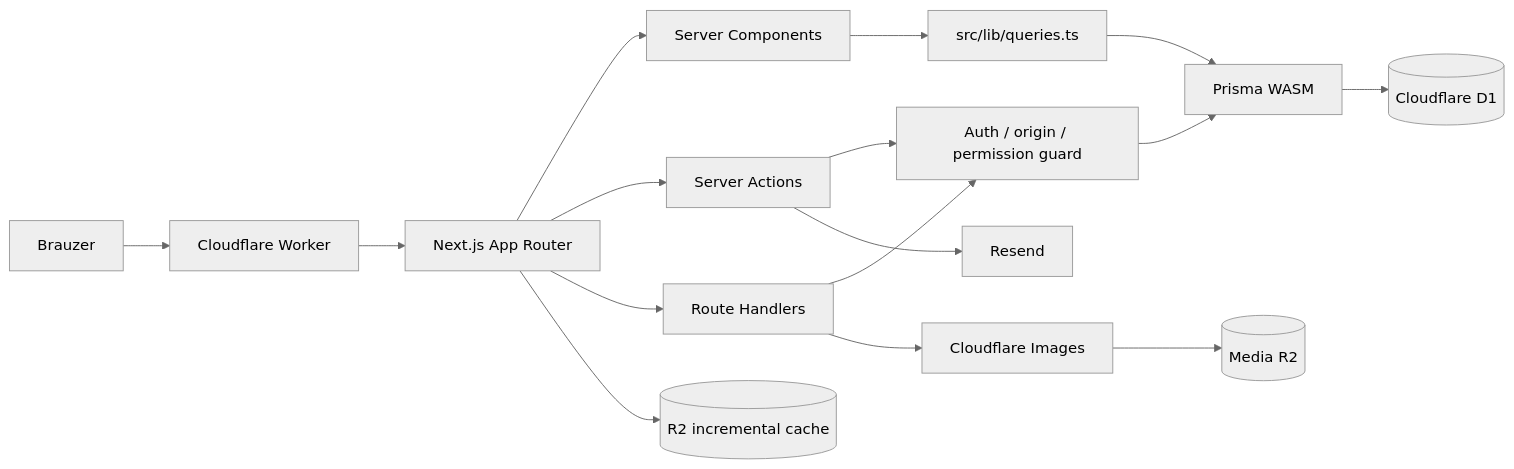
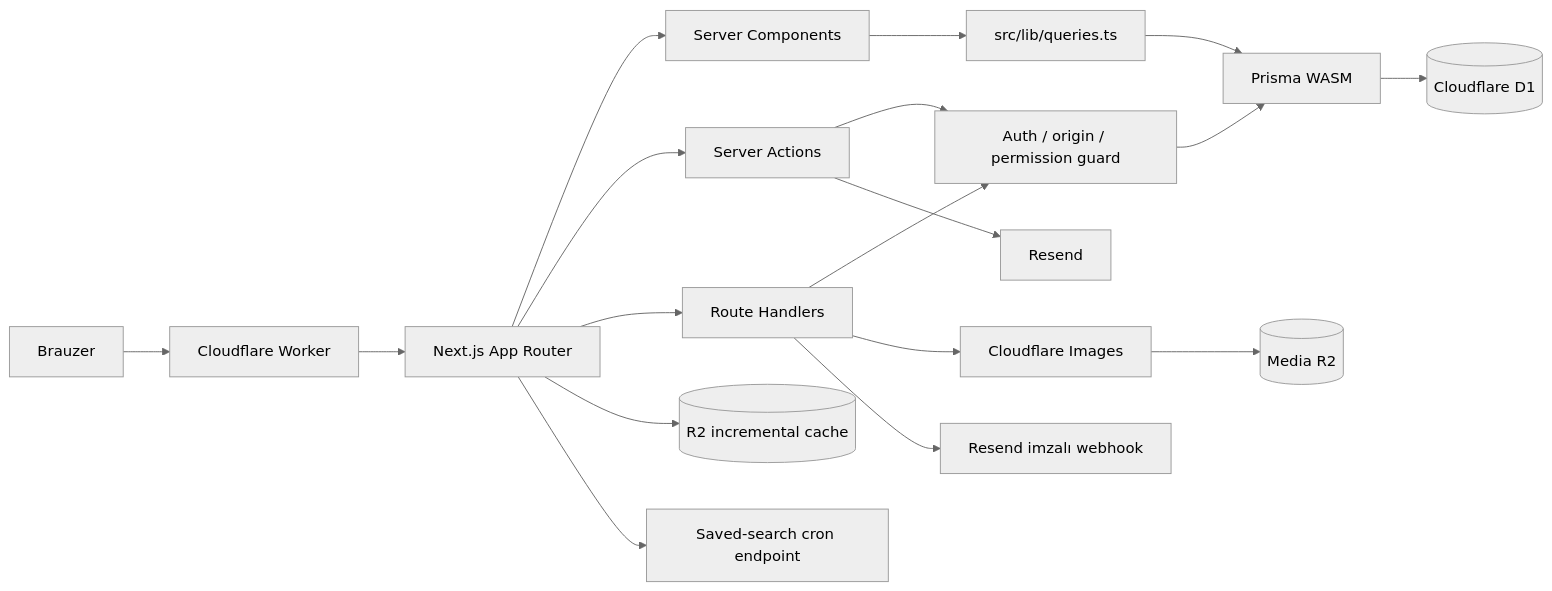
One commit to MuradoffTehmez/LuxeHome changed the first of 2 diagrams in Wiki/Architecture.md. Above: the diagram before and after it, drawn with Mermaid (neutral theme). The commit also changed other lines of this file and 9 other files, not shown here.

````diff
--- a/Wiki/Architecture.md
+++ b/Wiki/Architecture.md
@@ -7,18 +7,20 @@
 ```mermaid
 flowchart LR
     B[Brauzer] --> W[Cloudflare Worker]
     W --> N[Next.js App Router]
     N --> SC[Server Components]
     N --> SA[Server Actions]
     N --> RH[Route Handlers]
     SC --> Q[src/lib/queries.ts]
     Q --> P[Prisma WASM]
     SA --> G[Auth / origin / permission guard]
     G --> P
     RH --> G
     P --> D1[(Cloudflare D1)]
     RH --> I[Cloudflare Images]
     I --> R2[(Media R2)]
     N --> C[(R2 incremental cache)]
     SA --> E[Resend]
+    RH --> WH[Resend imzalı webhook]
+    N --> CR[Saved-search cron endpoint]
 ```
````
